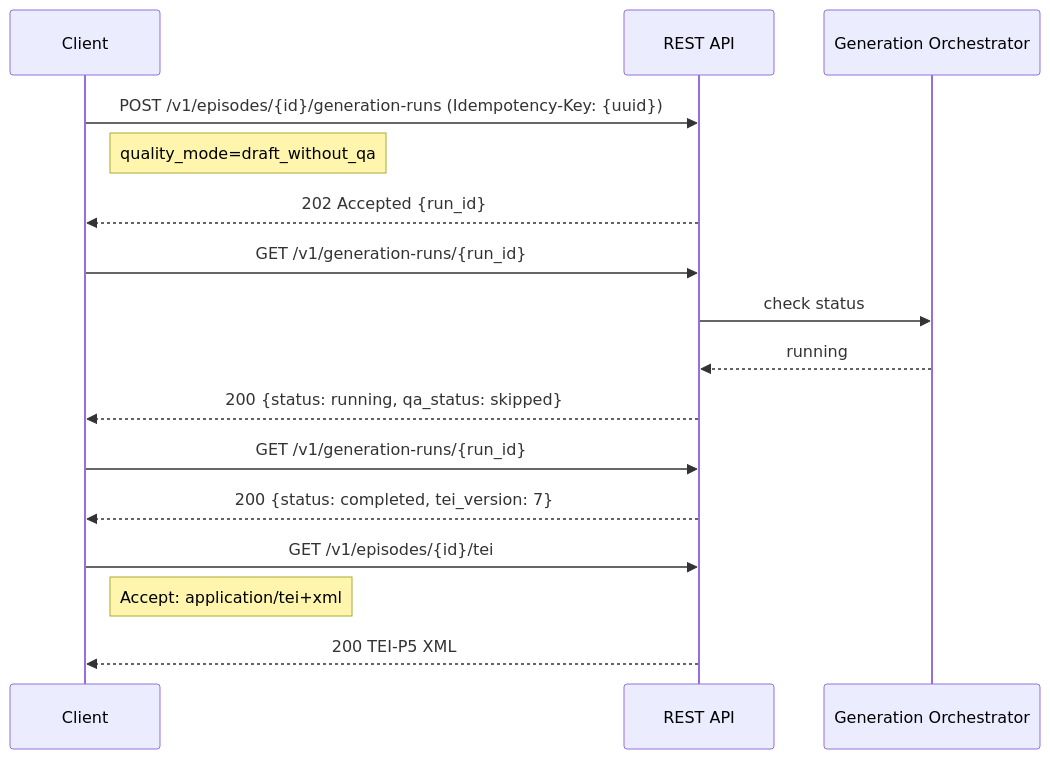
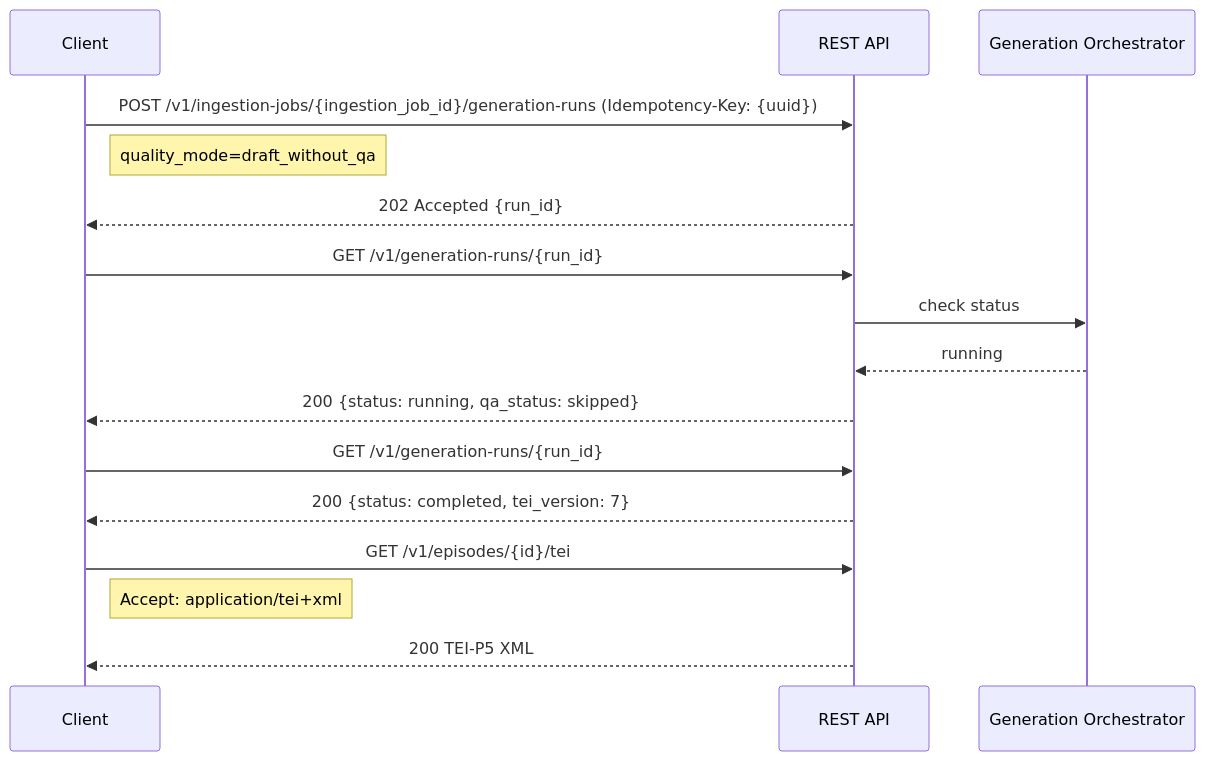
Before and after one commit to leynos/episodic: the fourth of 8 diagrams in docs/episodic-tui-api-design.md, drawn with Mermaid. The commit also changed other lines of this file and 124 other files, not shown here.

First line of the commit message:
No-QA generation runs and TEI-P5 retrieval (4.3.2) (#141)

````diff
--- a/docs/episodic-tui-api-design.md
+++ b/docs/episodic-tui-api-design.md
@@ -753,19 +755,19 @@
 ```mermaid
 sequenceDiagram
     participant Client
     participant REST as REST API
     participant Generator as Generation Orchestrator
 
-    Client->>REST: POST /v1/episodes/{id}/generation-runs (Idempotency-Key: {uuid})
+    Client->>REST: POST /v1/ingestion-jobs/{ingestion_job_id}/generation-runs (Idempotency-Key: {uuid})
     Note right of Client: quality_mode=draft_without_qa
     REST-->>Client: 202 Accepted {run_id}
     Client->>REST: GET /v1/generation-runs/{run_id}
     REST->>Generator: check status
     Generator-->>REST: running
     REST-->>Client: 200 {status: running, qa_status: skipped}
     Client->>REST: GET /v1/generation-runs/{run_id}
     REST-->>Client: 200 {status: completed, tei_version: 7}
     Client->>REST: GET /v1/episodes/{id}/tei
     Note right of Client: Accept: application/tei+xml
     REST-->>Client: 200 TEI-P5 XML
 ```
````
